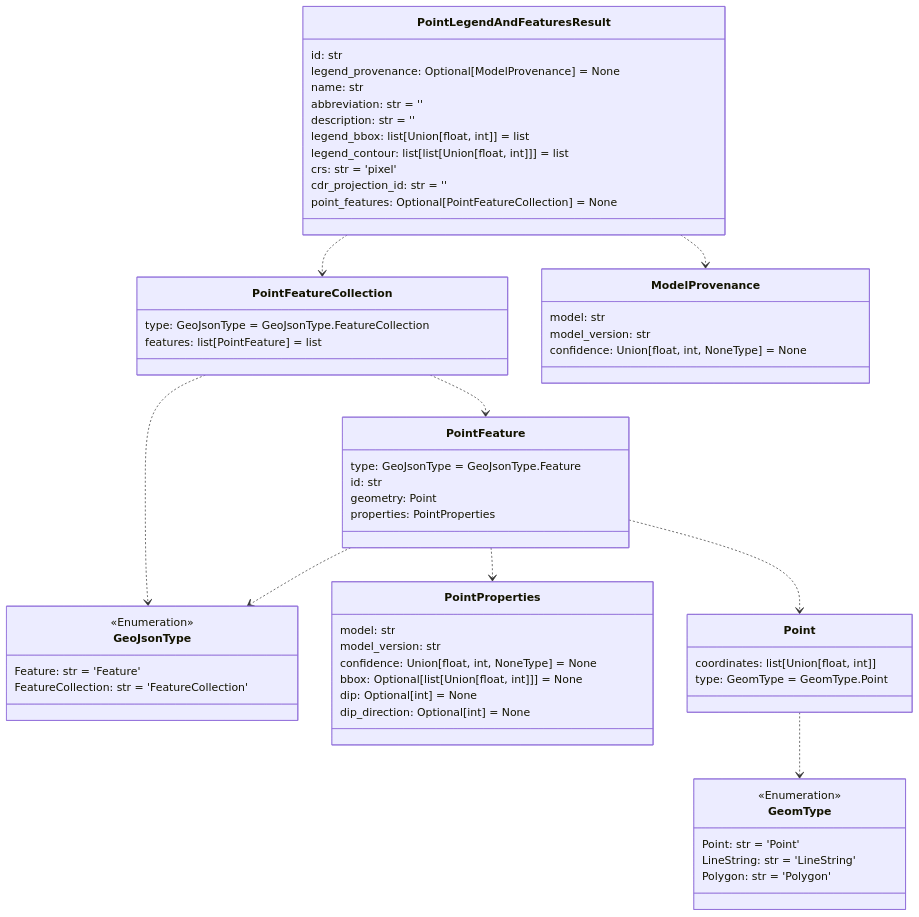
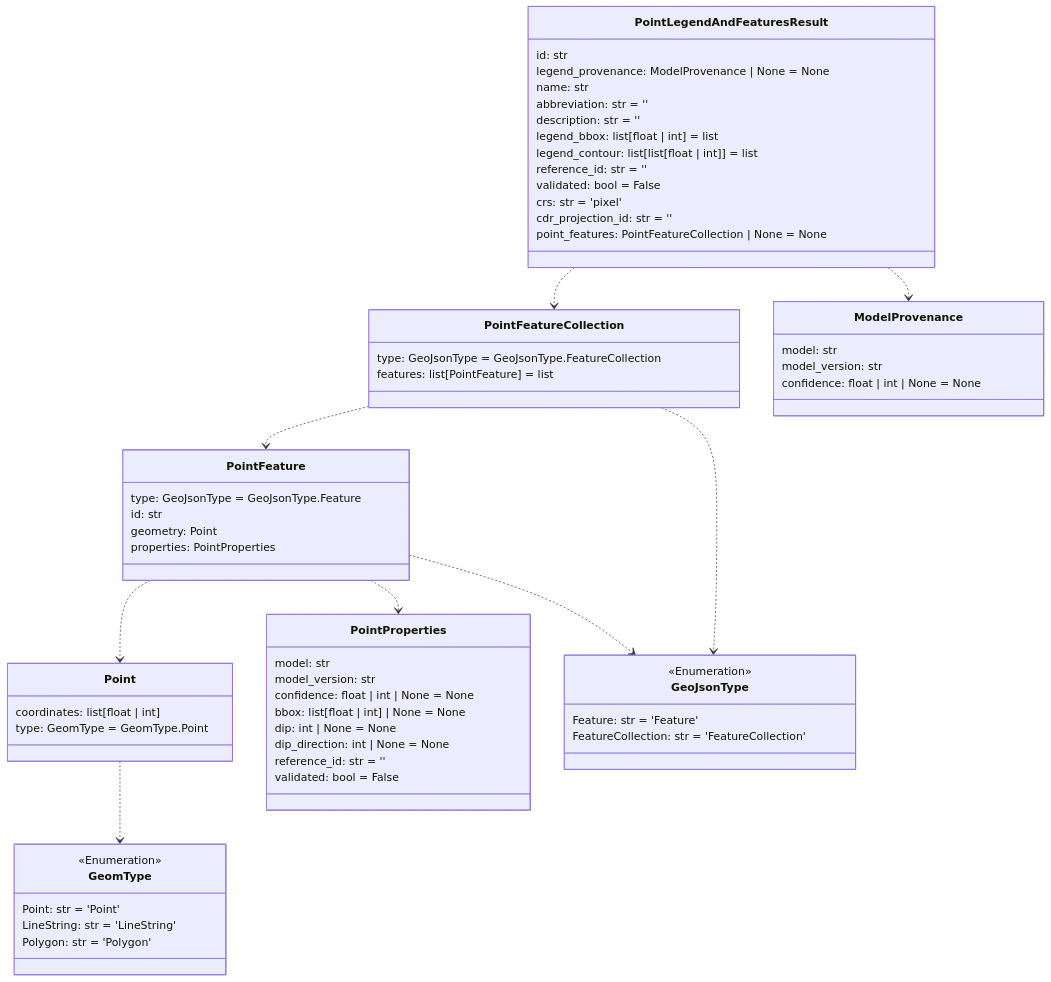
One commit to DARPA-CRITICALMAAS/cdr_schemas changed the fifth of 12 diagrams in README.md. Above: the diagram before and after it, drawn with Mermaid. The commit also changed other lines of this file, not shown here.

Commit message:
Update README with new ERD

````diff
--- a/README.md
+++ b/README.md
@@ -353,72 +366,76 @@
 ```mermaid
 classDiagram
-
-    class PointProperties {
-        model: str
-        model_version: str
-        confidence: Union[float, int, NoneType] = None
-        bbox: Optional[list[Union[float, int]]] = None
-        dip: Optional[int] = None
-        dip_direction: Optional[int] = None
-    }
 
     class PointFeatureCollection {
         type: GeoJsonType = GeoJsonType.FeatureCollection
         features: list[PointFeature] = list
     }
 
-    class GeoJsonType {
-        <<Enumeration>>
-        Feature: str = 'Feature'
-        FeatureCollection: str = 'FeatureCollection'
+    class ModelProvenance {
+        model: str
+        model_version: str
+        confidence: float | int | None = None
     }
 
     class PointFeature {
         type: GeoJsonType = GeoJsonType.Feature
         id: str
         geometry: Point
         properties: PointProperties
     }
 
+    class Point {
+        coordinates: list[float | int]
+        type: GeomType = GeomType.Point
+    }
+
+    class PointProperties {
+        model: str
+        model_version: str
+        confidence: float | int | None = None
+        bbox: list[float | int] | None = None
+        dip: int | None = None
+        dip_direction: int | None = None
+        reference_id: str = ''
+        validated: bool = False
+    }
+
+    class PointLegendAndFeaturesResult {
+        id: str
+        legend_provenance: ModelProvenance | None = None
+        name: str
+        abbreviation: str = ''
+        description: str = ''
+        legend_bbox: list[float | int] = list
+        legend_contour: list[list[float | int]] = list
+        reference_id: str = ''
+        validated: bool = False
+        crs: str = 'pixel'
+        cdr_projection_id: str = ''
+        point_features: PointFeatureCollection | None = None
+    }
+
     class GeomType {
         <<Enumeration>>
         Point: str = 'Point'
         LineString: str = 'LineString'
         Polygon: str = 'Polygon'
     }
 
-    class ModelProvenance {
-        model: str
-        model_version: str
-        confidence: Union[float, int, NoneType] = None
-    }
-
-    class Point {
-        coordinates: list[Union[float, int]]
-        type: GeomType = GeomType.Point
-    }
-
-    class PointLegendAndFeaturesResult {
-        id: str
-        legend_provenance: Optional[ModelProvenance] = None
-        name: str
-        abbreviation: str = ''
-        description: str = ''
-        legend_bbox: list[Union[float, int]] = list
-        legend_contour: list[list[Union[float, int]]] = list
-        crs: str = 'pixel'
-        cdr_projection_id: str = ''
-        point_features: Optional[PointFeatureCollection] = None
+    class GeoJsonType {
+        <<Enumeration>>
+        Feature: str = 'Feature'
+        FeatureCollection: str = 'FeatureCollection'
     }
 
     Point ..> GeomType
+    PointFeature ..> Point
+    PointFeature ..> PointProperties
     PointFeature ..> GeoJsonType
-    PointFeature ..> PointProperties
-    PointFeature ..> Point
+    PointFeatureCollection ..> PointFeature
     PointFeatureCollection ..> GeoJsonType
-    PointFeatureCollection ..> PointFeature
     PointLegendAndFeaturesResult ..> PointFeatureCollection
     PointLegendAndFeaturesResult ..> ModelProvenance
 
 
 ```
````
